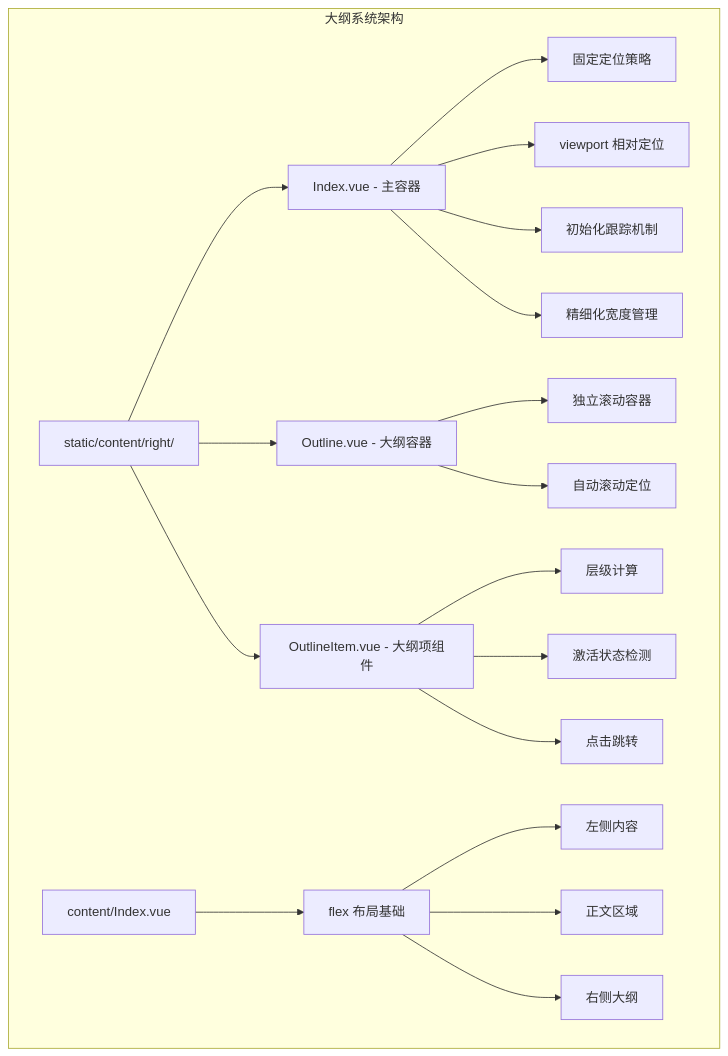
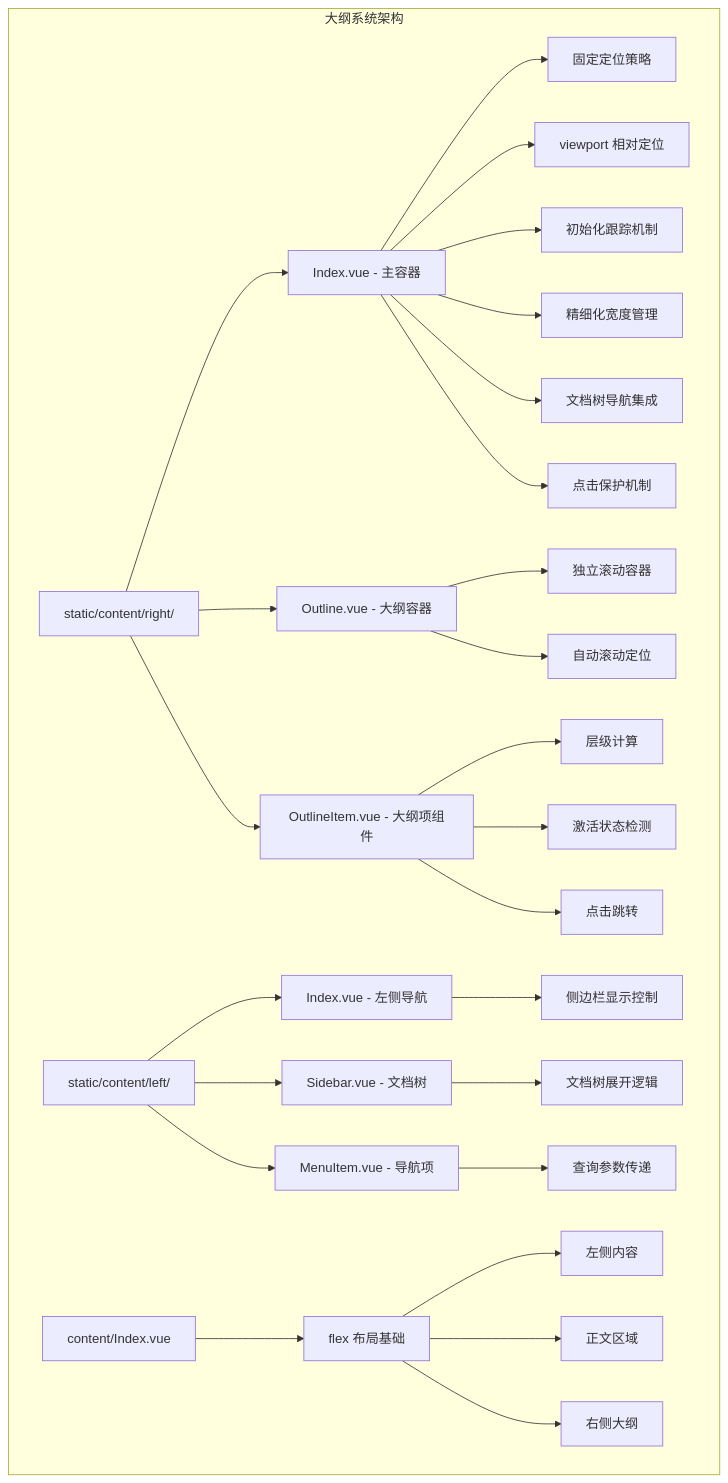
The first of 16 diagrams in .qoder/repowiki/zh/content/Outline System.md (terwer/siyuan-plugin-blog), drawn with Mermaid before and after one commit. The commit also changed other lines of this file and 16 other files, not shown here.

````diff
--- a/.qoder/repowiki/zh/content/Outline System.md
+++ b/.qoder/repowiki/zh/content/Outline System.md
@@ -56,21 +62,29 @@
 ```mermaid
 graph TB
 subgraph "大纲系统架构"
 A[static/content/right/] --> B[Index.vue - 主容器]
 A --> C[Outline.vue - 大纲容器]
 A --> D[OutlineItem.vue - 大纲项组件]
-B --> E[固定定位策略]
-B --> F[viewport 相对定位]
-B --> G[初始化跟踪机制]
-B --> H[精细化宽度管理]
-C --> I[独立滚动容器]
-C --> J[自动滚动定位]
-D --> K[层级计算]
-D --> L[激活状态检测]
-D --> M[点击跳转]
-N[content/Index.vue] --> O[flex 布局基础]
-O --> P[左侧内容]
-O --> Q[正文区域]
-O --> R[右侧大纲]
+E[static/content/left/] --> F[Index.vue - 左侧导航]
+E --> G[Sidebar.vue - 文档树]
+E --> H[MenuItem.vue - 导航项]
+B --> I[固定定位策略]
+B --> J[viewport 相对定位]
+B --> K[初始化跟踪机制]
+B --> L[精细化宽度管理]
+B --> M[文档树导航集成]
+B --> N[点击保护机制]
+C --> O[独立滚动容器]
+C --> P[自动滚动定位]
+D --> Q[层级计算]
+D --> R[激活状态检测]
+D --> S[点击跳转]
+F --> T[侧边栏显示控制]
+G --> U[文档树展开逻辑]
+H --> V[查询参数传递]
+W[content/Index.vue] --> X[flex 布局基础]
+X --> Y[左侧内容]
+X --> Z[正文区域]
+X --> AA[右侧大纲]
 end
 ```
````
